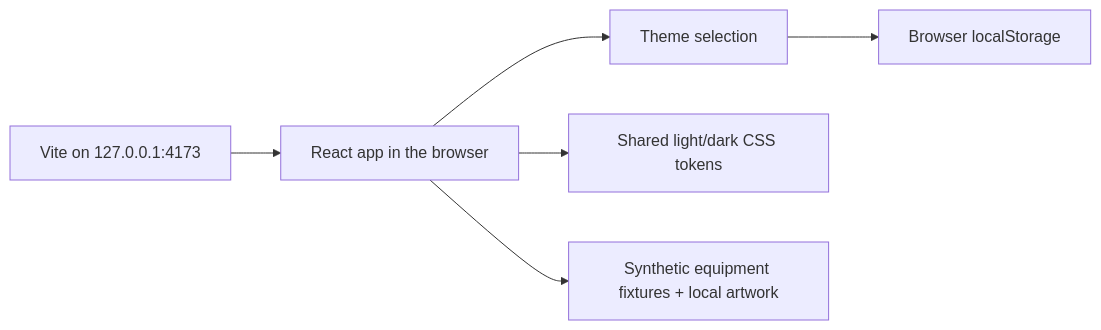
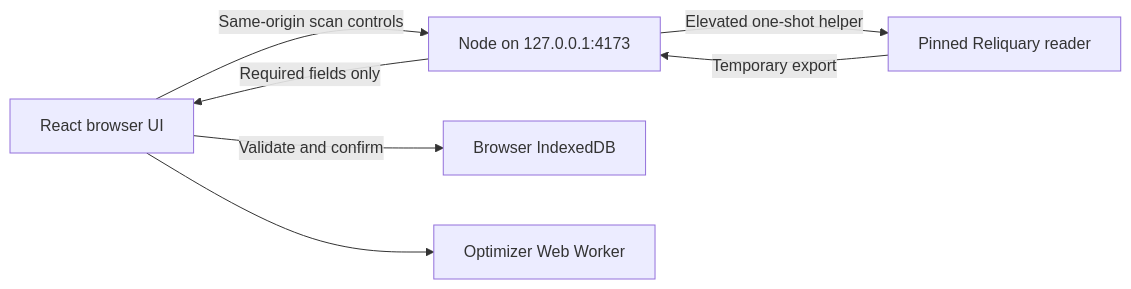
One commit to darelaj/orbit changed the diagram in README.md. Above: the diagram before and after it, drawn with Mermaid. The commit also changed other lines of this file and 7 other files, not shown here.

Commit message:
docs: record scanner workflows, architecture and verification limits

````diff
--- a/README.md
+++ b/README.md
@@ -146,8 +146,9 @@
 ```mermaid
 flowchart LR
-    Vite["Vite on 127.0.0.1:4173"] --> React["React app in the browser"]
-    React --> Theme["Theme selection"]
-    Theme --> Storage["Browser localStorage"]
-    React --> Styles["Shared light/dark CSS tokens"]
-    React --> Demo["Synthetic equipment fixtures + local artwork"]
+    React["React browser UI"] -->|"Same-origin scan controls"| Runtime["Node on 127.0.0.1:4173"]
+    Runtime -->|"Elevated one-shot helper"| Native["Pinned Reliquary reader"]
+    Native -->|"Temporary export"| Runtime
+    Runtime -->|"Required fields only"| React
+    React -->|"Validate and confirm"| Store["Browser IndexedDB"]
+    React --> Worker["Optimizer Web Worker"]
 ```
````
